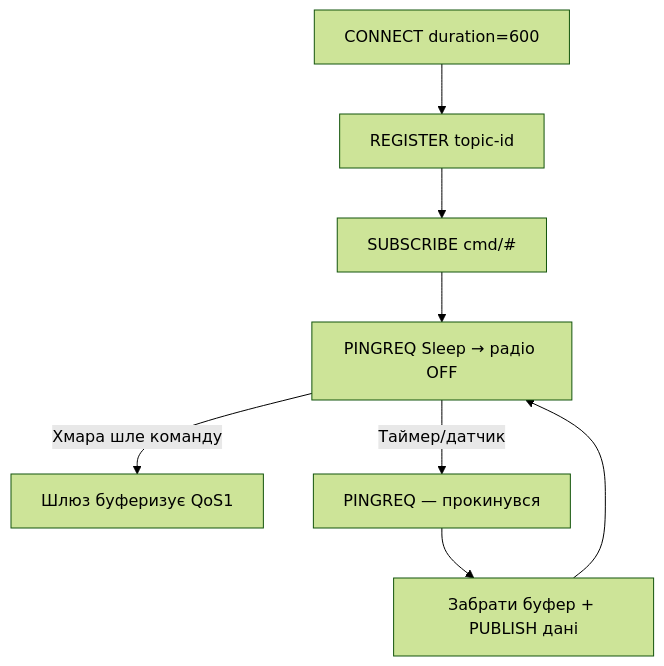
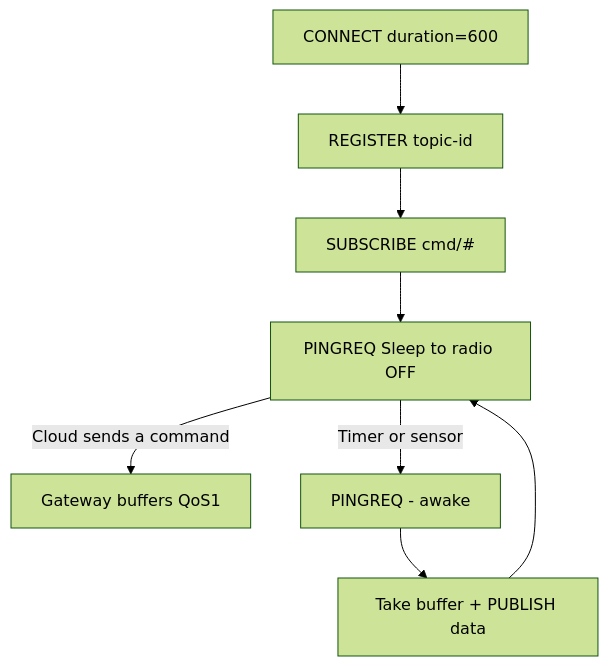
The diagram in obsidian_vault/ESP32-Reference/EN/15-Protocols/14-MQTT-SN.en.md (ksalab/embedded-reference), drawn with Mermaid (forest theme) before and after one commit. The commit also changed other lines of this file and 76 other files, not shown here.

````diff
--- a/obsidian_vault/ESP32-Reference/EN/15-Protocols/14-MQTT-SN.en.md
+++ b/obsidian_vault/ESP32-Reference/EN/15-Protocols/14-MQTT-SN.en.md
@@ -58,10 +58,10 @@
 ```mermaid
 flowchart TB
     C[CONNECT duration=600] --> REG[REGISTER topic-id]
     REG --> SUB[SUBSCRIBE cmd/#]
-    SUB --> SLP[PINGREQ Sleep → радіо OFF]
-    SLP -->|Хмара шле команду| GBUF[Шлюз буферизує QoS1]
-    SLP -->|Таймер/датчик| WAKE[PINGREQ — прокинувся]
-    WAKE --> GET[Забрати буфер + PUBLISH дані]
+    SUB --> SLP[PINGREQ Sleep to radio OFF]
+    SLP -->|Cloud sends a command| GBUF[Gateway buffers QoS1]
+    SLP -->|Timer or sensor| WAKE[PINGREQ - awake]
+    WAKE --> GET[Take buffer + PUBLISH data]
     GET --> SLP
 ```
````
